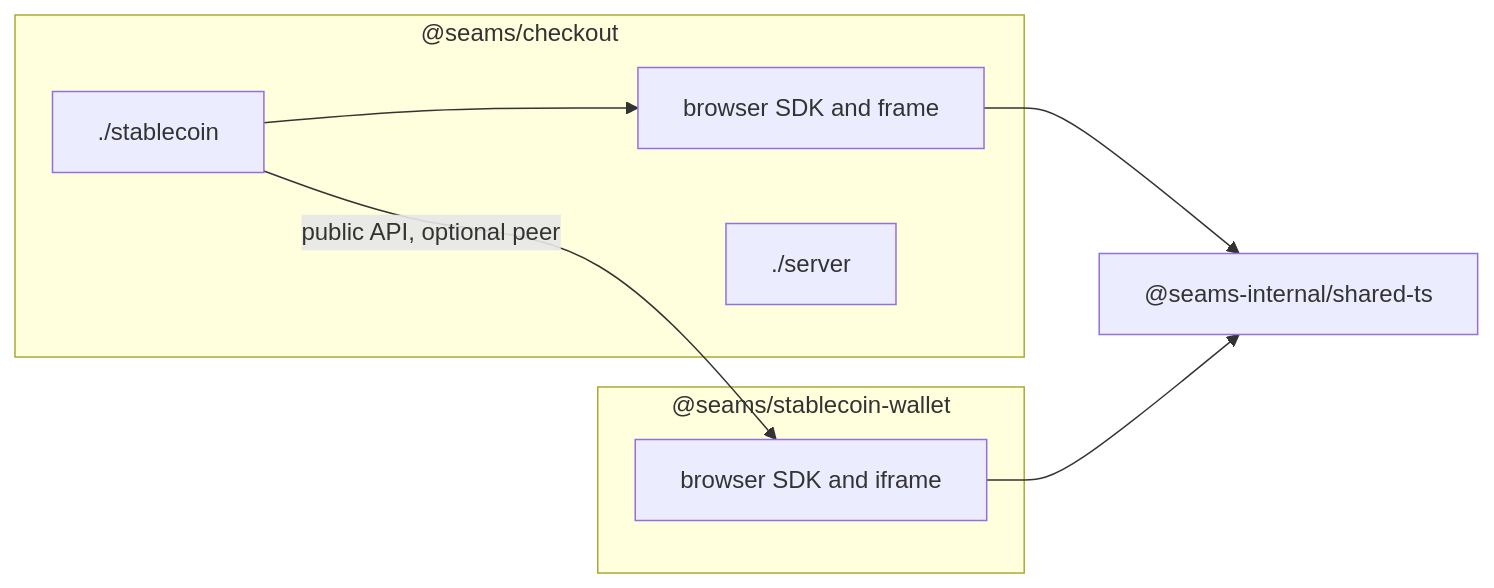
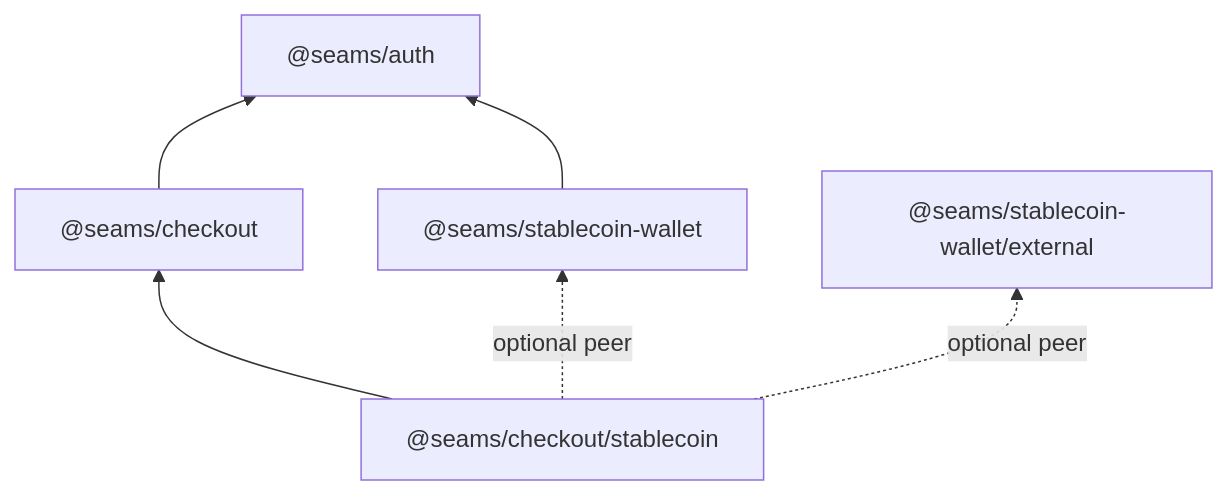
The first of 3 diagrams in docs/refactor-250-seams-checkout.md (seams-tech/seams-wallet), drawn with Mermaid before and after one commit. The commit also changed other lines of this file and 2 other files, not shown here.

Commit message:
Plan: separate auth, the stablecoin wallet and checkout (Refactor 251); new code, then an audit

````diff
--- a/docs/refactor-250-seams-checkout.md
+++ b/docs/refactor-250-seams-checkout.md
@@ -216,16 +211,9 @@
 ```mermaid
-flowchart LR
-    subgraph checkout ["@seams/checkout"]
-        Base["browser SDK and frame"]
-        Server["./server"]
-        Plugin["./stablecoin"]
-    end
-    subgraph wallet ["@seams/stablecoin-wallet"]
-        WalletSDK["browser SDK and iframe"]
-    end
-    Shared["@seams-internal/shared-ts"]
-    Plugin -->|"public API, optional peer"| WalletSDK
-    Plugin --> Base
-    Base --> Shared
-    WalletSDK --> Shared
+flowchart BT
+    Auth["@seams/auth"]
+    Checkout["@seams/checkout"] --> Auth
+    Plugin["@seams/checkout/stablecoin"] --> Checkout
+    Plugin -. optional peer .-> Wallet["@seams/stablecoin-wallet"]
+    Plugin -. optional peer .-> External["@seams/stablecoin-wallet/external"]
+    Wallet --> Auth
 ```
````
